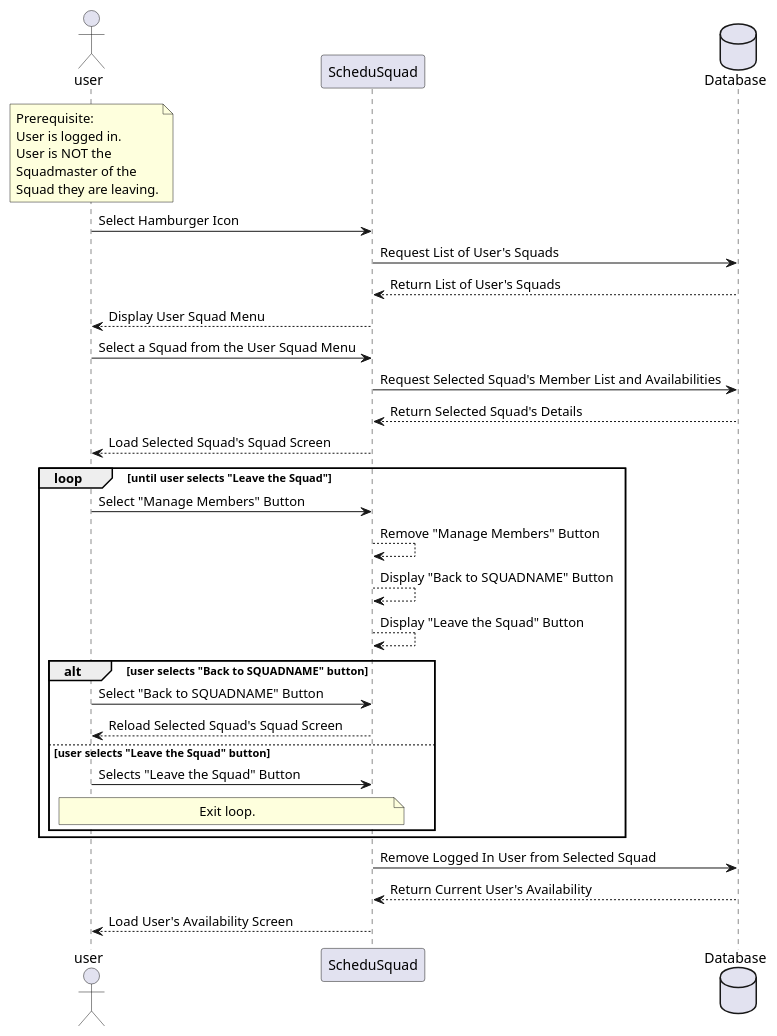
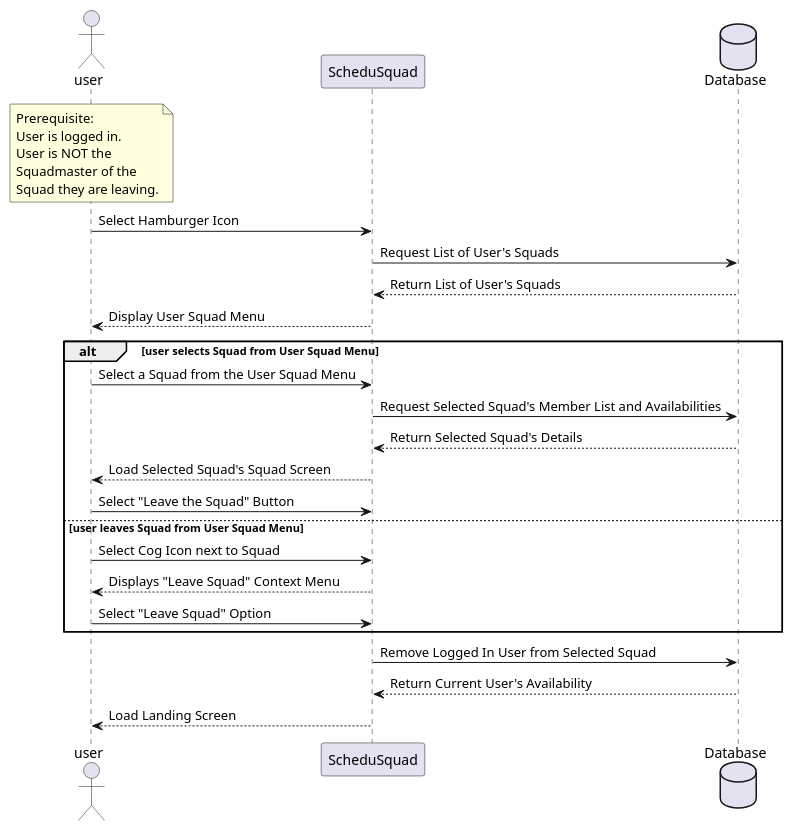
One commit to dhilbmann/ScheduSquad changed the diagram in plantuml/SequenceDiagrams/leaveSquad.plantuml. Above: the diagram before and after it, drawn with PlantUML. The commit also changed 6 other files, not shown here.

Commit message:
Updating plantuml sequence diagrams for final project submission.

```diff
--- a/plantuml/SequenceDiagrams/leaveSquad.plantuml
+++ b/plantuml/SequenceDiagrams/leaveSquad.plantuml
@@ -1,44 +1,34 @@
 @startuml Leave Squad
 actor user
 participant ScheduSquad as app
 database Database as db
 
 note over user
 Prerequisite:
 User is logged in.
 User is NOT the
 Squadmaster of the
 Squad they are leaving.
 end note
 
 user -> app : Select Hamburger Icon
 app -> db : Request List of User's Squads
 db --> app : Return List of User's Squads
 app --> user : Display User Squad Menu
-user -> app : Select a Squad from the User Squad Menu
-app -> db : Request Selected Squad's Member List and Availabilities
-db --> app : Return Selected Squad's Details
-app --> user : Load Selected Squad's Squad Screen
-
-loop until user selects "Leave the Squad"
-    user -> app : Select "Manage Members" Button
-    app --> app : Remove "Manage Members" Button
-    app --> app : Display "Back to SQUADNAME" Button
-    app --> app : Display "Leave the Squad" Button
-
-    alt user selects "Back to SQUADNAME" button
-        user -> app : Select "Back to SQUADNAME" Button
-        app --> user : Reload Selected Squad's Squad Screen
-    else user selects "Leave the Squad" button
-        user -> app : Selects "Leave the Squad" Button
-        note over user, app
-        Exit loop.
-        end note
-    end
+alt user selects Squad from User Squad Menu
+    user -> app : Select a Squad from the User Squad Menu
+    app -> db : Request Selected Squad's Member List and Availabilities
+    db --> app : Return Selected Squad's Details
+    app --> user : Load Selected Squad's Squad Screen
+    user -> app : Select "Leave the Squad" Button
+else user leaves Squad from User Squad Menu
+    user -> app : Select Cog Icon next to Squad
+    app --> user : Displays "Leave Squad" Context Menu
+    user -> app : Select "Leave Squad" Option 
 end
 
 app -> db : Remove Logged In User from Selected Squad
 db --> app : Return Current User's Availability
-app --> user : Load User's Availability Screen
+app --> user : Load Landing Screen
 
 @enduml
```
